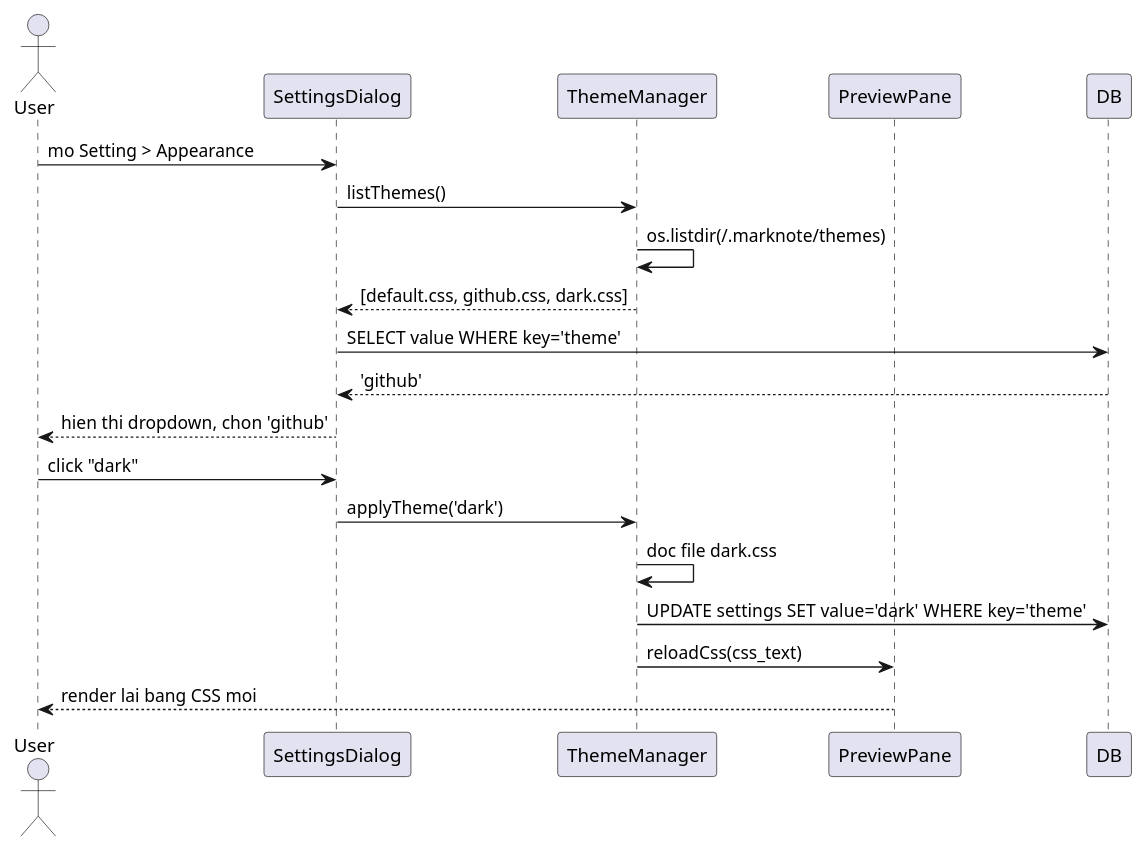
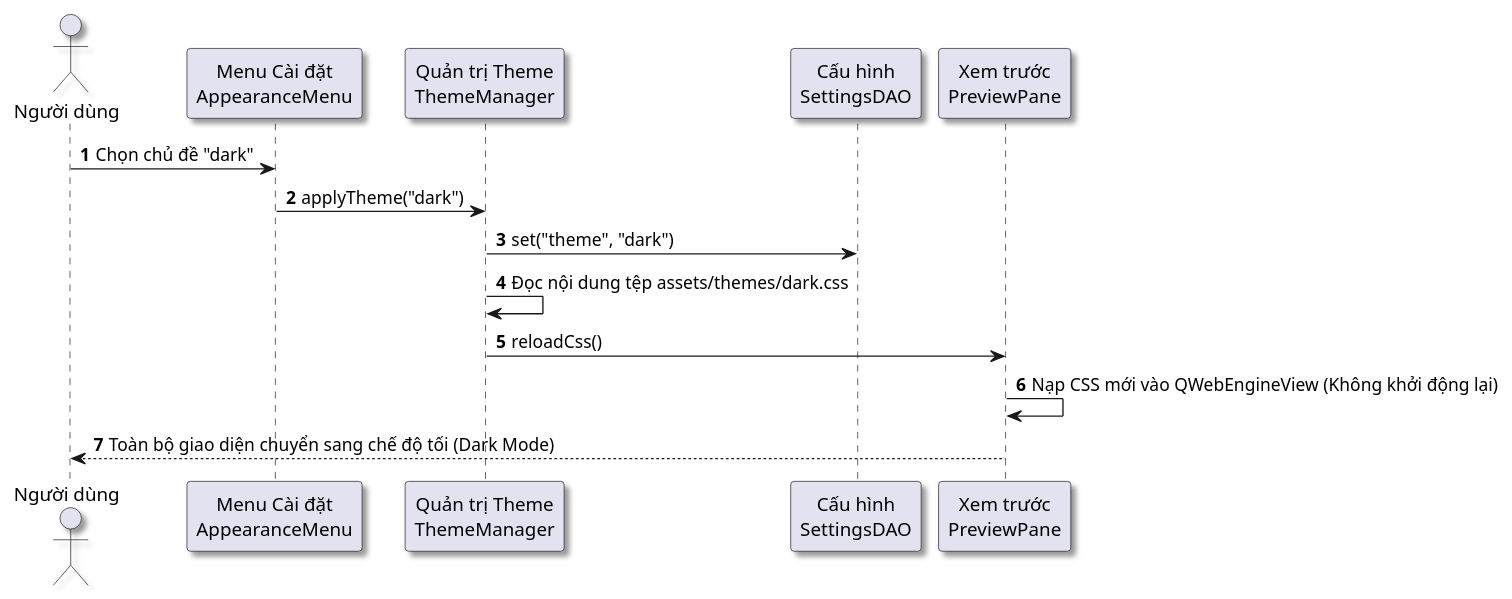
One commit to dotlinux26/marknote changed the diagram in docs/diagrams/seq_chon_theme.puml. Above: the diagram before and after it, drawn with PlantUML. The commit also changed 28 other files, not shown here.

Commit message:
docs: complete PlantUML diagrams and comprehensive academic report matching HaUI standard

```diff
--- a/docs/diagrams/seq_chon_theme.puml
+++ b/docs/diagrams/seq_chon_theme.puml
@@ -1,21 +1,20 @@
 @startuml
-actor User
-participant SettingsDialog
-participant ThemeManager
-participant PreviewPane
-participant DB
+skinparam defaultFontName "Segoe UI"
+skinparam shadowing true
 
-User -> SettingsDialog : mo Setting > Appearance
-SettingsDialog -> ThemeManager : listThemes()
-ThemeManager -> ThemeManager : os.listdir(~/.marknote/themes)
-ThemeManager --> SettingsDialog : [default.css, github.css, dark.css]
-SettingsDialog -> DB : SELECT value WHERE key='theme'
-DB --> SettingsDialog : 'github'
-SettingsDialog --> User : hien thi dropdown, chon 'github'
-User -> SettingsDialog : click "dark"
-SettingsDialog -> ThemeManager : applyTheme('dark')
-ThemeManager -> ThemeManager : doc file dark.css
-ThemeManager -> DB : UPDATE settings SET value='dark' WHERE key='theme'
-ThemeManager -> PreviewPane : reloadCss(css_text)
-PreviewPane --> User : render lai bang CSS moi
+autonumber
+actor "Người dùng" as User
+participant "Menu Cài đặt\nAppearanceMenu" as Menu
+participant "Quản trị Theme\nThemeManager" as ThemeMgr
+participant "Cấu hình\nSettingsDAO" as Settings
+participant "Xem trước\nPreviewPane" as Preview
+
+User -> Menu : Chọn chủ đề "dark"
+Menu -> ThemeMgr : applyTheme("dark")
+ThemeMgr -> Settings : set("theme", "dark")
+ThemeMgr -> ThemeMgr : Đọc nội dung tệp assets/themes/dark.css
+ThemeMgr -> Preview : reloadCss()
+Preview -> Preview : Nạp CSS mới vào QWebEngineView (Không khởi động lại)
+Preview --> User : Toàn bộ giao diện chuyển sang chế độ tối (Dark Mode)
+
 @enduml
```
